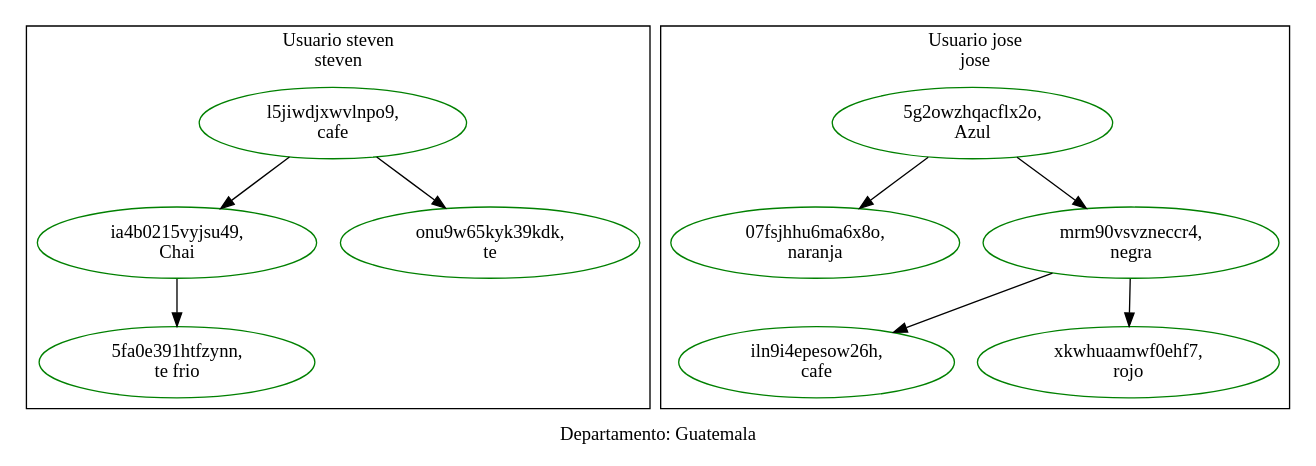
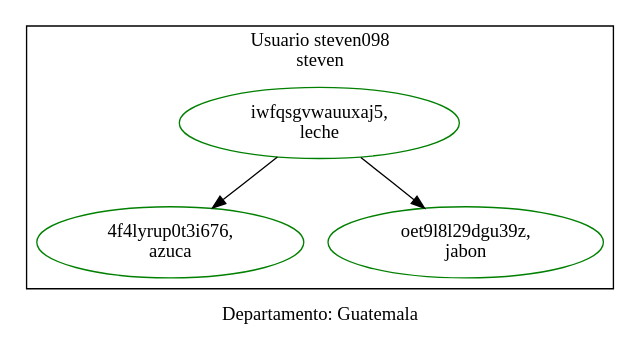
The diagram in ReporteActivosGuatemala.dot (Stevensis/EDD20VJ_Proyecto1), drawn with Graphviz before and after one commit. The commit also changed 19 other files, not shown here.

```diff
--- a/ReporteActivosGuatemala.dot
+++ b/ReporteActivosGuatemala.dot
@@ -1,30 +1,19 @@
 digraph G { 
 
  label="Departamento: Guatemala " 
 
  subgraph cluster_0 { 
 
- label="Usuario steven \n steven " 
+ label="Usuario juan perez \n juan " 
 node [height=0.5, width=1.2];
-"5fa0e391htfzynn" [label=" 5fa0e391htfzynn,\nte frio",color=green] 
-"ia4b0215vyjsu49" [label=" ia4b0215vyjsu49,\nChai",color=green] 
-"ia4b0215vyjsu49" -> "5fa0e391htfzynn" 
-"l5jiwdjxwvlnpo9" [label=" l5jiwdjxwvlnpo9,\ncafe",color=green] 
-"l5jiwdjxwvlnpo9" -> "onu9w65kyk39kdk" 
-"l5jiwdjxwvlnpo9" -> "ia4b0215vyjsu49" 
-"onu9w65kyk39kdk" [label=" onu9w65kyk39kdk,\nte",color=green] 
 }
  subgraph cluster_1 { 
 
- label="Usuario jose \n jose " 
+ label="Usuario steven098 \n steven " 
 node [height=0.5, width=1.2];
-"07fsjhhu6ma6x8o" [label=" 07fsjhhu6ma6x8o,\nnaranja",color=green] 
-"5g2owzhqacflx2o" [label=" 5g2owzhqacflx2o,\nAzul",color=green] 
-"5g2owzhqacflx2o" -> "mrm90vsvzneccr4" 
-"5g2owzhqacflx2o" -> "07fsjhhu6ma6x8o" 
-"iln9i4epesow26h" [label=" iln9i4epesow26h,\ncafe",color=green] 
-"mrm90vsvzneccr4" [label=" mrm90vsvzneccr4,\nnegra",color=green] 
-"mrm90vsvzneccr4" -> "xkwhuaamwf0ehf7" 
-"mrm90vsvzneccr4" -> "iln9i4epesow26h" 
-"xkwhuaamwf0ehf7" [label=" xkwhuaamwf0ehf7,\nrojo",color=green] 
+"4f4lyrup0t3i676" [label=" 4f4lyrup0t3i676,\nazuca",color=green] 
+"iwfqsgvwauuxaj5" [label=" iwfqsgvwauuxaj5,\nleche",color=green] 
+"iwfqsgvwauuxaj5" -> "oet9l8l29dgu39z" 
+"iwfqsgvwauuxaj5" -> "4f4lyrup0t3i676" 
+"oet9l8l29dgu39z" [label=" oet9l8l29dgu39z,\njabon",color=green] 
 }}
```
